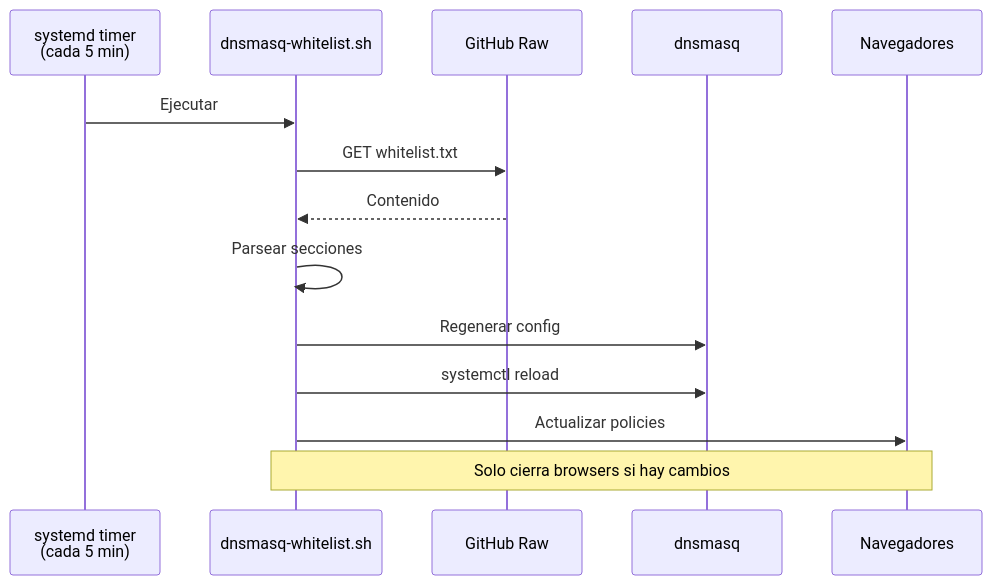
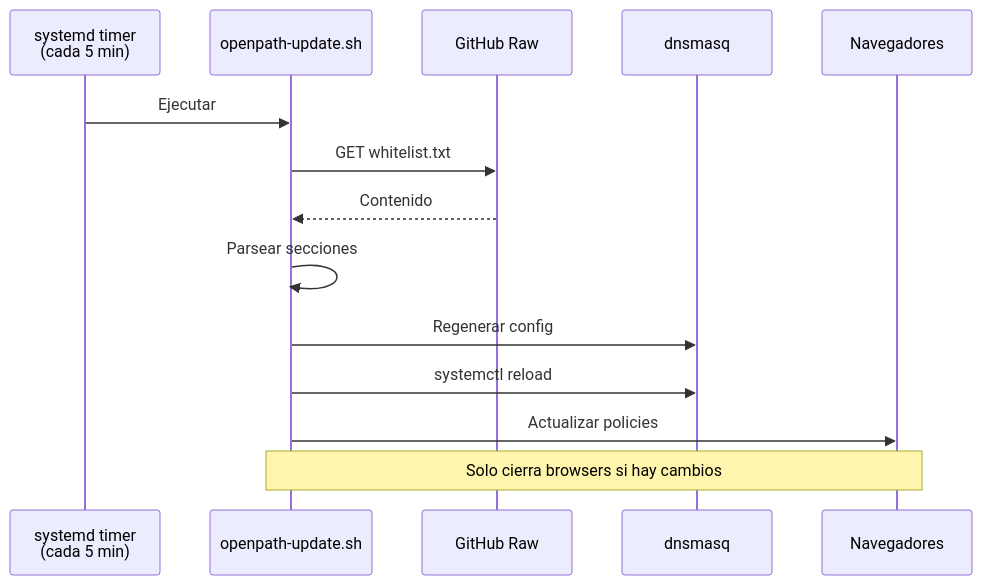
The third of 7 diagrams in docs/ADR.md (balejosg/whitelist), drawn with Mermaid before and after one commit. The commit also changed other lines of this file and 4 other files, not shown here.

````diff
--- a/docs/ADR.md
+++ b/docs/ADR.md
@@ -164,17 +164,17 @@
 ```mermaid
 sequenceDiagram
     participant Timer as systemd timer<br/>(cada 5 min)
-    participant Script as dnsmasq-whitelist.sh
+    participant Script as openpath-update.sh
     participant GitHub as GitHub Raw
     participant dnsmasq as dnsmasq
     participant Browser as Navegadores
     
     Timer->>Script: Ejecutar
     Script->>GitHub: GET whitelist.txt
     GitHub-->>Script: Contenido
     Script->>Script: Parsear secciones
     Script->>dnsmasq: Regenerar config
     Script->>dnsmasq: systemctl reload
     Script->>Browser: Actualizar policies
     Note over Script,Browser: Solo cierra browsers si hay cambios
 ```
````
